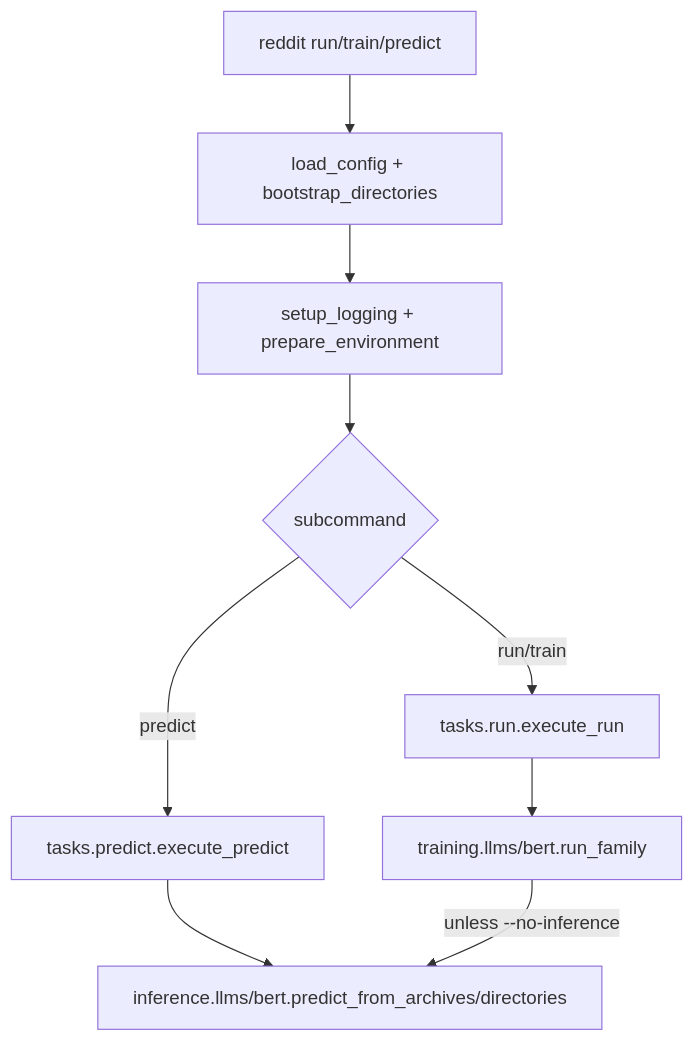
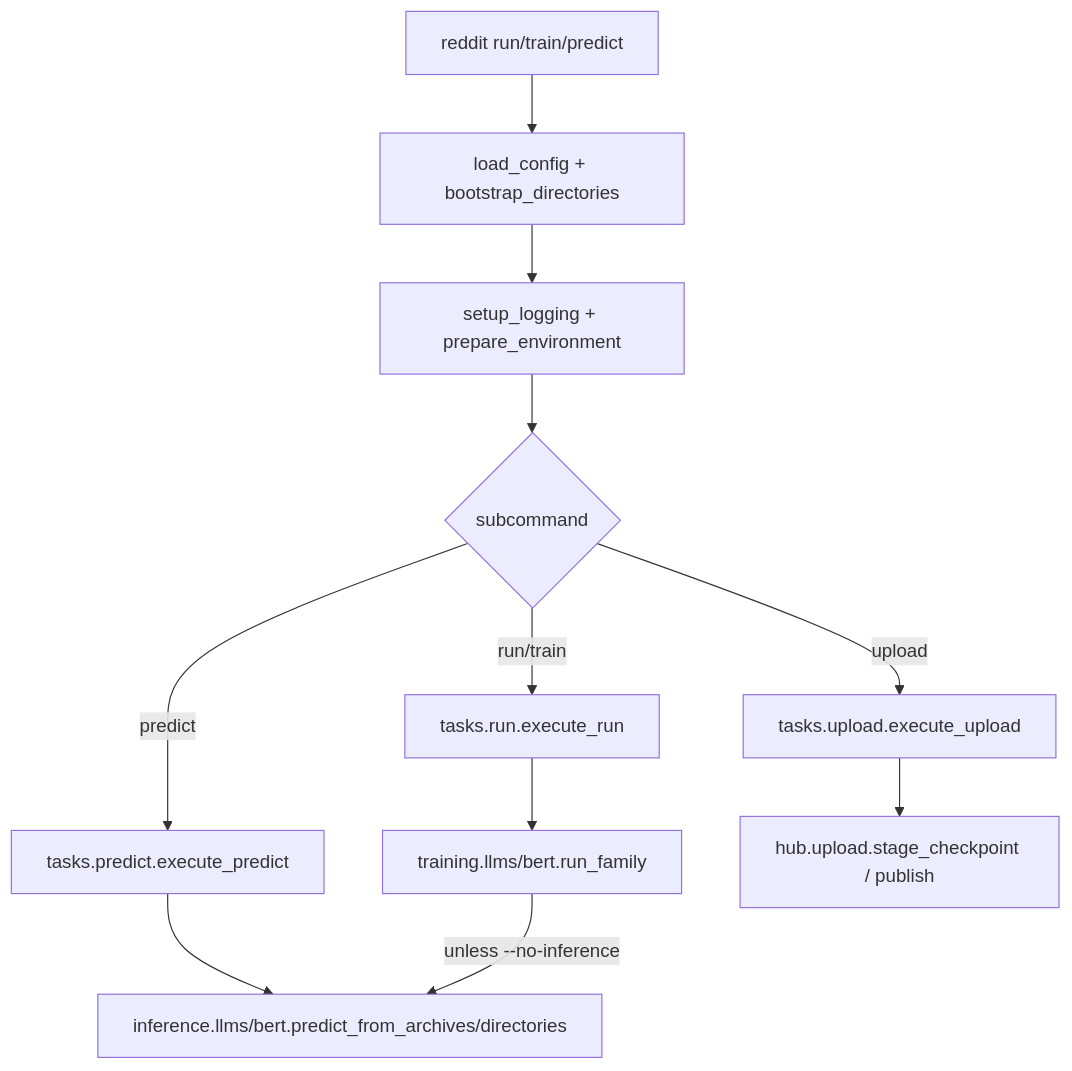
One commit to andrea-dm/reddit-pulse changed the diagram in docs/how_to/using-the-cli.md. Above: the diagram before and after it, drawn with Mermaid. The commit also changed other lines of this file and 17 other files, not shown here.

First line of the commit message:
feat(cli): add `reddit upload` to publish selected checkpoints

````diff
--- a/docs/how_to/using-the-cli.md
+++ b/docs/how_to/using-the-cli.md
@@ -67,11 +72,13 @@
 ```mermaid
 flowchart TD
     A["reddit run/train/predict"] --> B["load_config + bootstrap_directories"]
     B --> C["setup_logging + prepare_environment"]
     C --> D{"subcommand"}
     D -->|run/train| E["tasks.run.execute_run"]
     D -->|predict| F["tasks.predict.execute_predict"]
+    D -->|upload| I["tasks.upload.execute_upload"]
     E --> G["training.llms/bert.run_family"]
     F --> H["inference.llms/bert.predict_from_archives/directories"]
     G -->|unless --no-inference| H
+    I --> J["hub.upload.stage_checkpoint / publish"]
 ```
````
